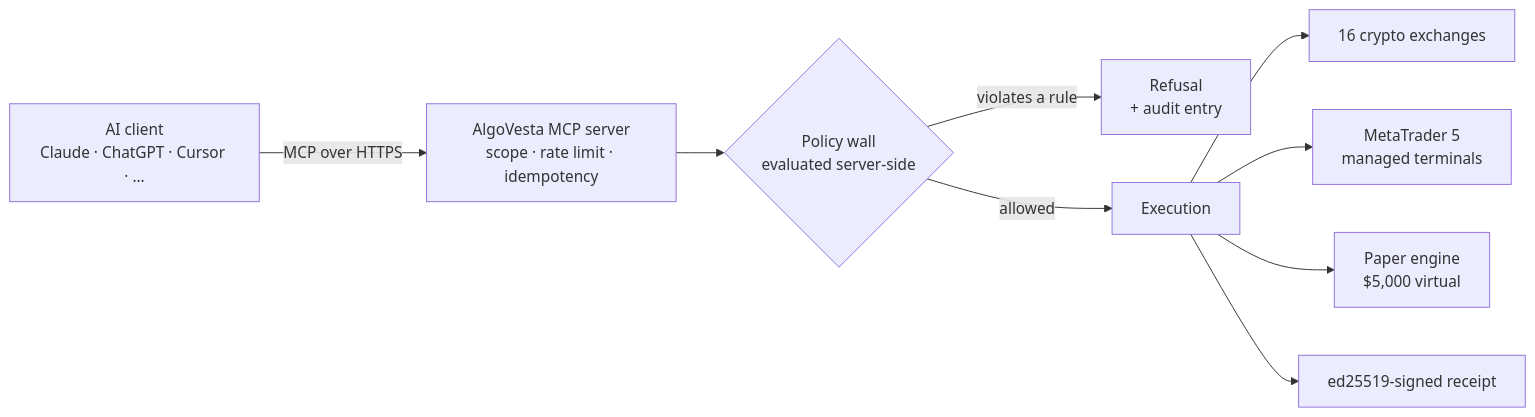
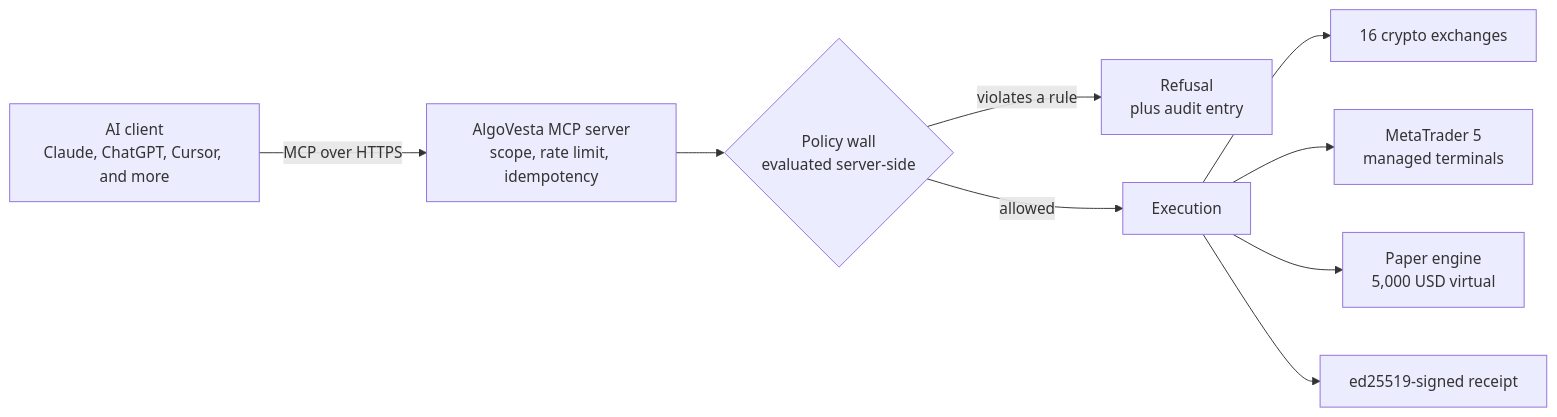
One commit to AlgoVesta/mcp changed the diagram in README.md. Above: the diagram before and after it, drawn with Mermaid.

Commit message:
docs: plain-ASCII mermaid labels for reliable rendering

````diff
--- a/README.md
+++ b/README.md
@@ -44,20 +44,21 @@
 ```mermaid
 flowchart LR
-    A["AI client<br/>Claude · ChatGPT · Cursor · …"]
-    B["AlgoVesta MCP server<br/>scope · rate limit · idempotency"]
+    A["AI client<br/>Claude, ChatGPT, Cursor, and more"]
+    B["AlgoVesta MCP server<br/>scope, rate limit, idempotency"]
     C{"Policy wall<br/>evaluated server-side"}
-    R["Refusal<br/>+ audit entry"]
+    R["Refusal<br/>plus audit entry"]
     D["Execution"]
     E["16 crypto exchanges"]
     F["MetaTrader 5<br/>managed terminals"]
-    G["Paper engine<br/>$5,000 virtual"]
+    G["Paper engine<br/>5,000 USD virtual"]
     H["ed25519-signed receipt"]
 
-    A -- "MCP over HTTPS" --> B --> C
-    C -- "violates a rule" --> R
-    C -- "allowed" --> D
+    A -->|MCP over HTTPS| B
+    B --> C
+    C -->|violates a rule| R
+    C -->|allowed| D
     D --> E
     D --> F
     D --> G
     D --> H
 ```
````
